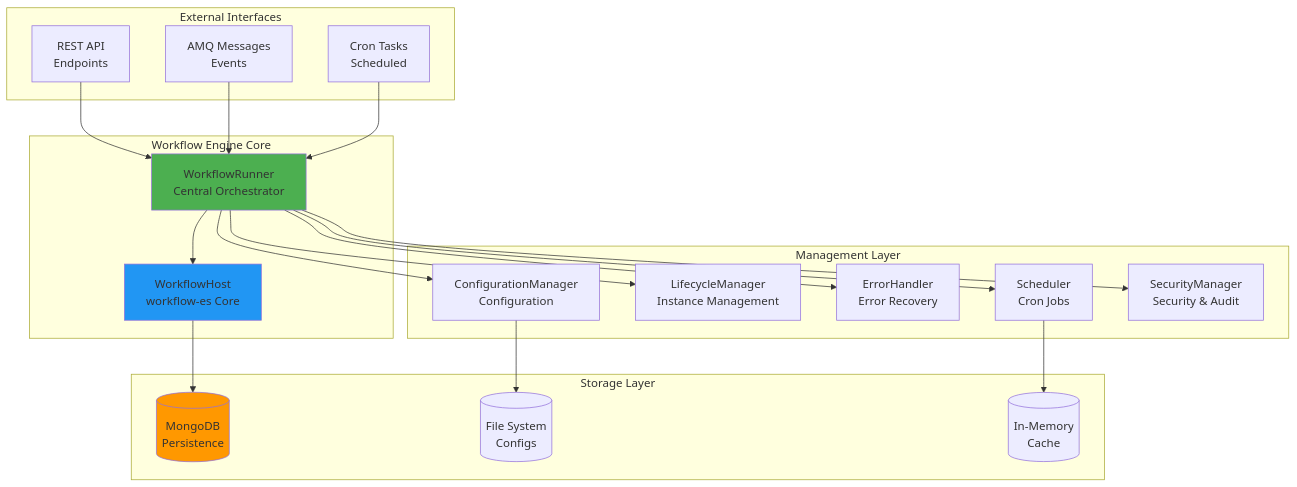
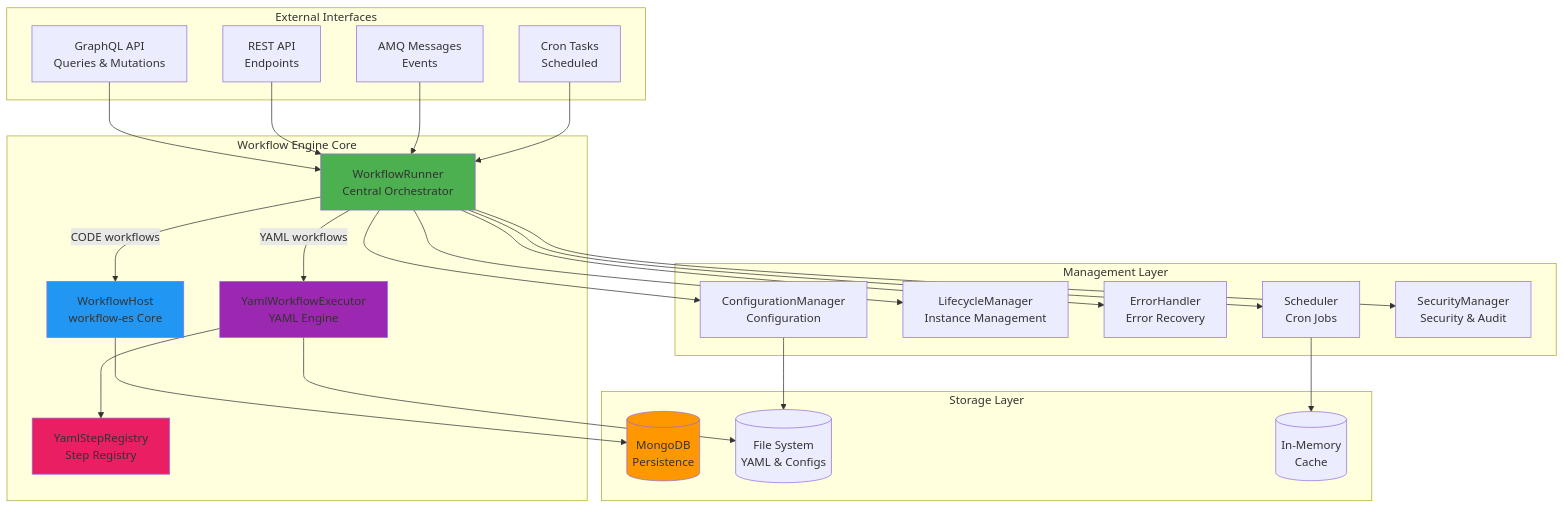
Before and after one commit to reactorynet/reactory-express-server: the first of 11 diagrams in src/modules/reactory-core/workflow/README.md, drawn with Mermaid. The commit also changed other lines of this file and 1 other file, not shown here.

Commit message:
refactor(workflow): update directory structure and enhance documentation for workflow components

````diff
--- a/src/modules/reactory-core/workflow/README.md
+++ b/src/modules/reactory-core/workflow/README.md
@@ -22,47 +38,56 @@
 ```mermaid
 graph TB
     subgraph "Workflow Engine Core"
         WR[WorkflowRunner<br/>Central Orchestrator]
         WH[WorkflowHost<br/>workflow-es Core]
-        
-        WR --> WH
+        YE[YamlWorkflowExecutor<br/>YAML Engine]
+        SR[YamlStepRegistry<br/>Step Registry]
+
+        WR -->|CODE workflows| WH
+        WR -->|YAML workflows| YE
+        YE --> SR
     end
-    
+
     subgraph "Management Layer"
         SCH[Scheduler<br/>Cron Jobs]
         LCM[LifecycleManager<br/>Instance Management]
         EH[ErrorHandler<br/>Error Recovery]
         CM[ConfigurationManager<br/>Configuration]
         SM[SecurityManager<br/>Security & Audit]
     end
-    
+
     subgraph "Storage Layer"
         MONGO[(MongoDB<br/>Persistence)]
-        FS[(File System<br/>Configs)]
+        FS[(File System<br/>YAML & Configs)]
         MEM[(In-Memory<br/>Cache)]
     end
-    
+
     subgraph "External Interfaces"
+        GQL[GraphQL API<br/>Queries & Mutations]
         API[REST API<br/>Endpoints]
         AMQ[AMQ Messages<br/>Events]
         CRON[Cron Tasks<br/>Scheduled]
     end
-    
+
     WR --> SCH
     WR --> LCM
     WR --> EH
     WR --> CM
     WR --> SM
-    
+
     WH --> MONGO
     CM --> FS
     SCH --> MEM
-    
+    YE --> FS
+
+    GQL --> WR
     API --> WR
     AMQ --> WR
     CRON --> WR
-    
+
     style WR fill:#4CAF50
     style WH fill:#2196F3
+    style YE fill:#9C27B0
+    style SR fill:#E91E63
     style MONGO fill:#FF9800
 ```
````
